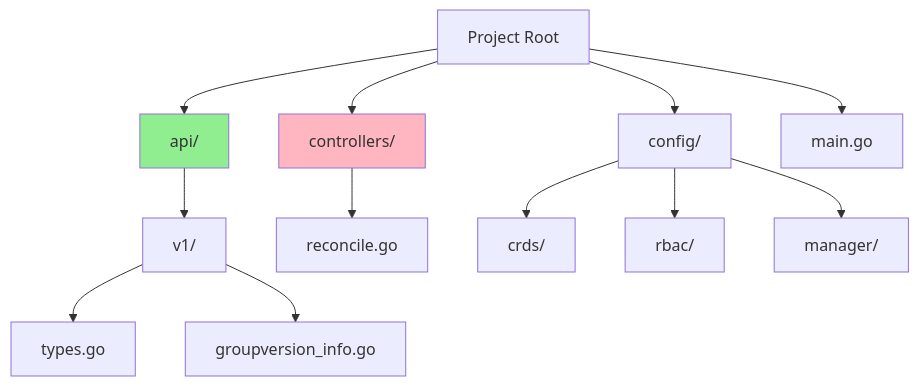
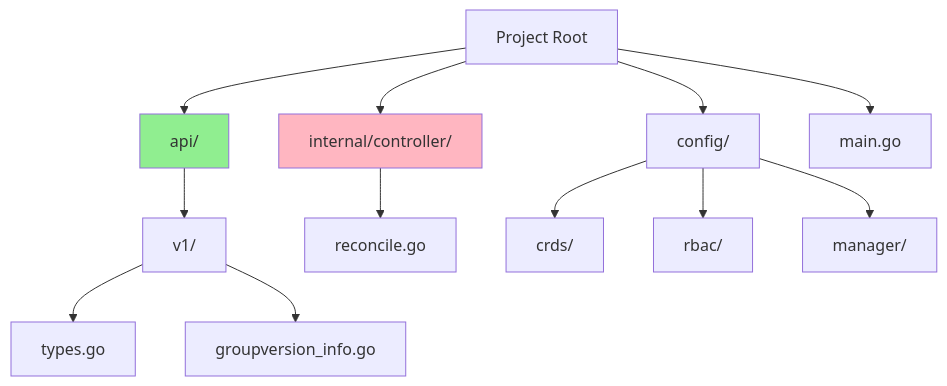
One commit to piyushjajoo/k8s-operators-course changed the third of 5 diagrams in module-02/lessons/02-kubebuilder-fundamentals.md. Above: the diagram before and after it, drawn with Mermaid. The commit also changed other lines of this file and 27 other files, not shown here.

````diff
--- a/module-02/lessons/02-kubebuilder-fundamentals.md
+++ b/module-02/lessons/02-kubebuilder-fundamentals.md
@@ -109,20 +109,20 @@
 ```mermaid
 graph TB
     ROOT[Project Root] --> API[api/]
-    ROOT --> CONTROLLERS[controllers/]
+    ROOT --> CONTROLLERS[internal/controller/]
     ROOT --> CONFIG[config/]
     ROOT --> MAIN[main.go]
     
     API --> V1[v1/]
     V1 --> TYPES[types.go]
     V1 --> GROUPVERSION[groupversion_info.go]
     
     CONTROLLERS --> RECONCILE[reconcile.go]
     
     CONFIG --> CRD[crds/]
     CONFIG --> RBAC[rbac/]
     CONFIG --> MANAGER[manager/]
     
     style API fill:#90EE90
     style CONTROLLERS fill:#FFB6C1
 ```
````
